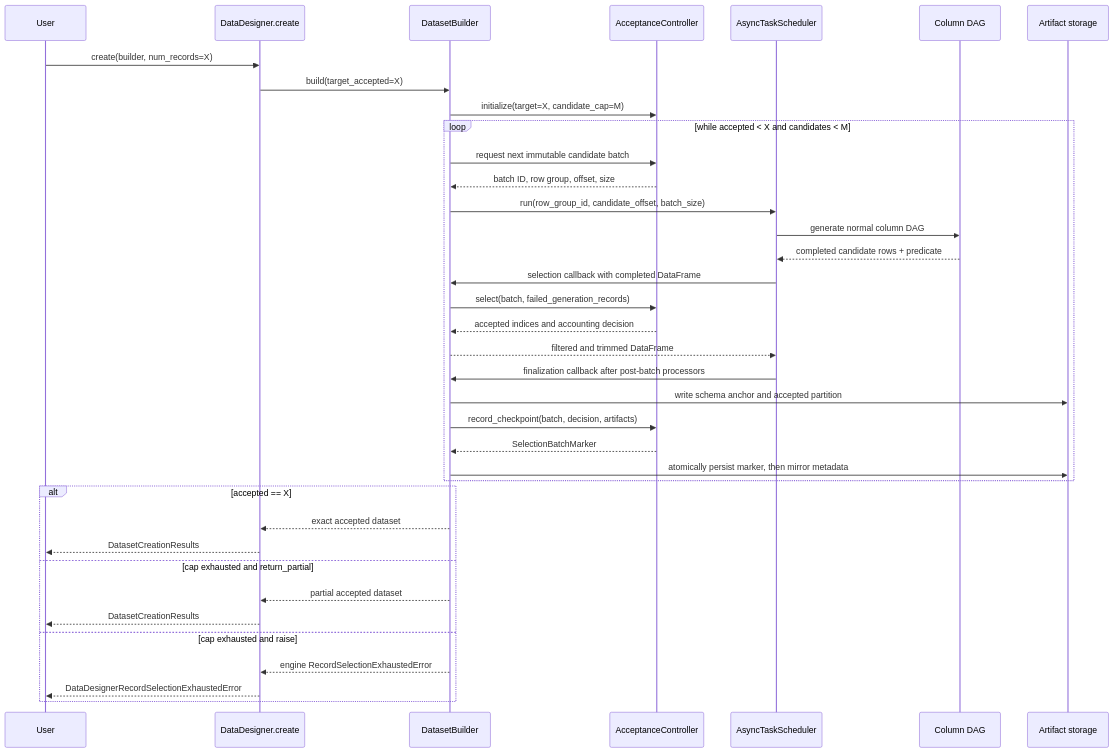
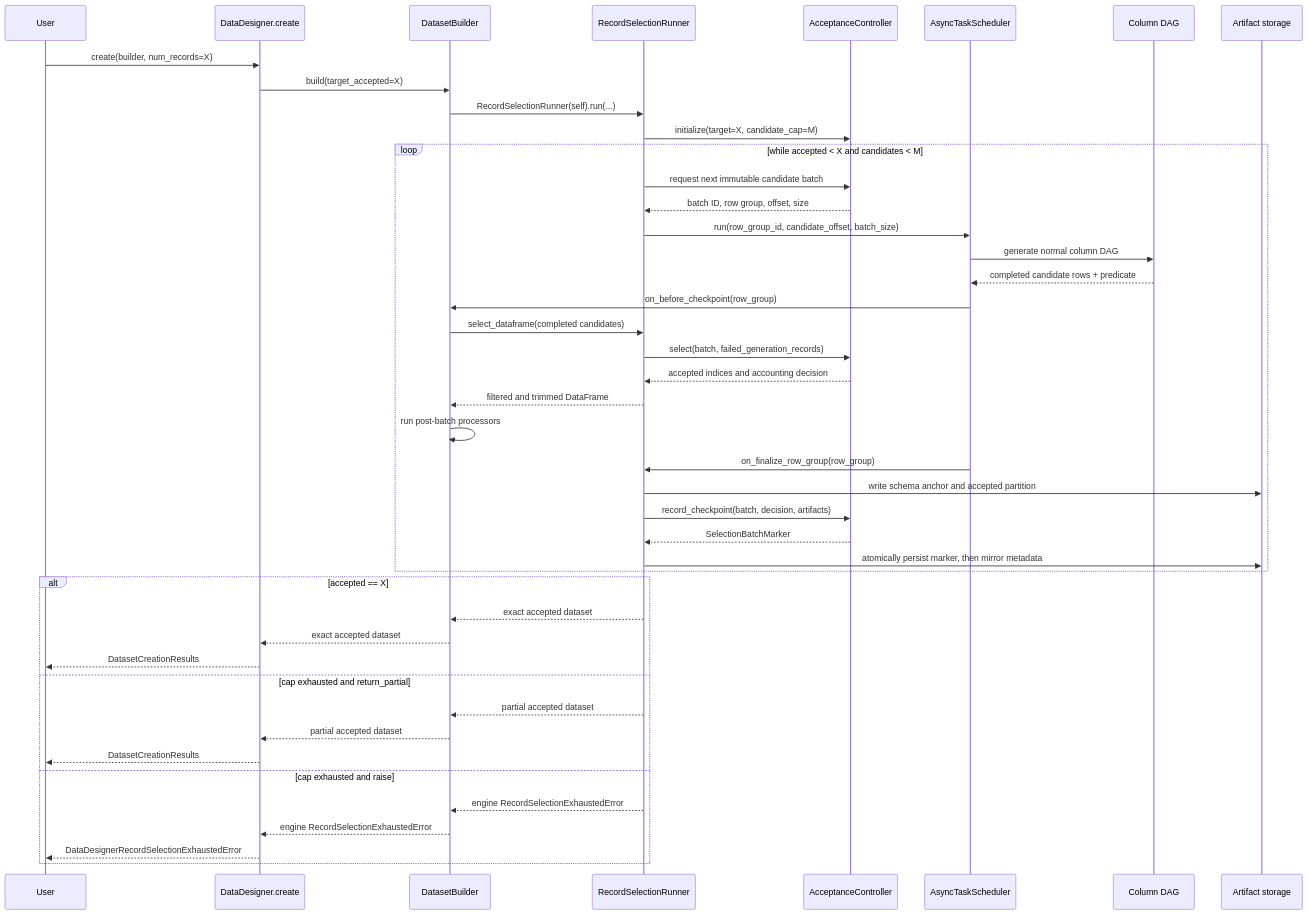
One commit to NVIDIA-NeMo/DataDesigner changed the second of 7 diagrams in plans/790/engine-native-record-selection.md. Above: the diagram before and after it, drawn with Mermaid. The commit also changed other lines of this file and 8 other files, not shown here.

First line of the commit message:
extract record selection runner

````diff
--- a/plans/790/engine-native-record-selection.md
+++ b/plans/790/engine-native-record-selection.md
@@ -304,42 +309,49 @@
 ```mermaid
 sequenceDiagram
     participant U as User
     participant I as DataDesigner.create
     participant B as DatasetBuilder
+    participant R as RecordSelectionRunner
     participant A as AcceptanceController
     participant S as AsyncTaskScheduler
     participant G as Column DAG
     participant P as Artifact storage
 
     U->>I: create(builder, num_records=X)
     I->>B: build(target_accepted=X)
-    B->>A: initialize(target=X, candidate_cap=M)
+    B->>R: RecordSelectionRunner(self).run(...)
+    R->>A: initialize(target=X, candidate_cap=M)
 
     loop while accepted < X and candidates < M
-        B->>A: request next immutable candidate batch
-        A-->>B: batch ID, row group, offset, size
-        B->>S: run(row_group_id, candidate_offset, batch_size)
+        R->>A: request next immutable candidate batch
+        A-->>R: batch ID, row group, offset, size
+        R->>S: run(row_group_id, candidate_offset, batch_size)
         S->>G: generate normal column DAG
         G-->>S: completed candidate rows + predicate
-        S->>B: selection callback with completed DataFrame
-        B->>A: select(batch, failed_generation_records)
-        A-->>B: accepted indices and accounting decision
-        B-->>S: filtered and trimmed DataFrame
-        S->>B: finalization callback after post-batch processors
-        B->>P: write schema anchor and accepted partition
-        B->>A: record_checkpoint(batch, decision, artifacts)
-        A-->>B: SelectionBatchMarker
-        B->>P: atomically persist marker, then mirror metadata
+        S->>B: on_before_checkpoint(row_group)
+        B->>R: select_dataframe(completed candidates)
+        R->>A: select(batch, failed_generation_records)
+        A-->>R: accepted indices and accounting decision
+        R-->>B: filtered and trimmed DataFrame
+        B->>B: run post-batch processors
+        S->>R: on_finalize_row_group(row_group)
+        R->>P: write schema anchor and accepted partition
+        R->>A: record_checkpoint(batch, decision, artifacts)
+        A-->>R: SelectionBatchMarker
+        R->>P: atomically persist marker, then mirror metadata
     end
 
     alt accepted == X
+        R-->>B: exact accepted dataset
         B-->>I: exact accepted dataset
         I-->>U: DatasetCreationResults
     else cap exhausted and return_partial
+        R-->>B: partial accepted dataset
         B-->>I: partial accepted dataset
         I-->>U: DatasetCreationResults
     else cap exhausted and raise
+        R-->>B: engine RecordSelectionExhaustedError
         B-->>I: engine RecordSelectionExhaustedError
         I-->>U: DataDesignerRecordSelectionExhaustedError
     end
 ```
````
